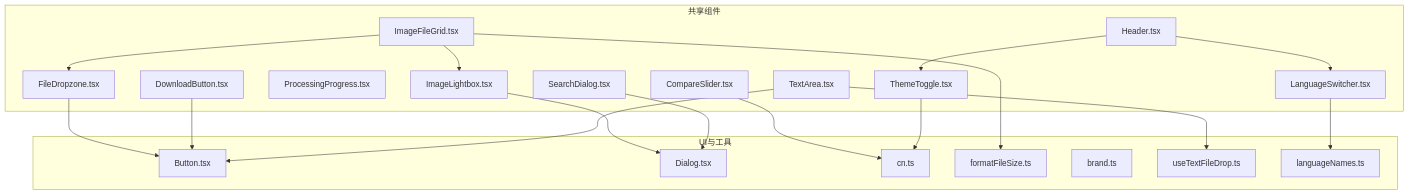
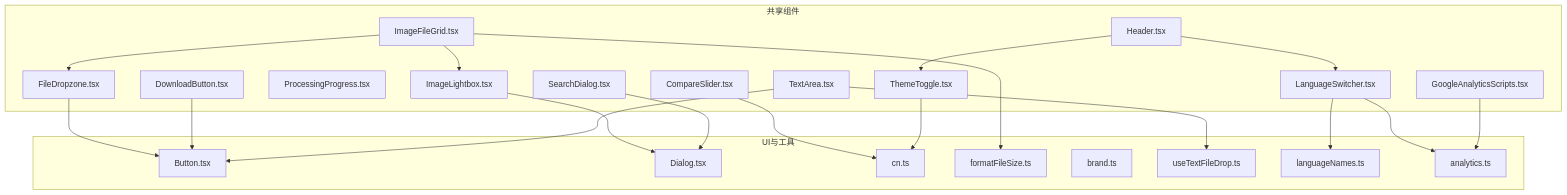
The first of 5 diagrams in .qoder/repowiki/zh/content/UI组件系统/共享组件.md (sgyy/privadeck), drawn with Mermaid before and after one commit. The commit also changed other lines of this file and 5 other files, not shown here.

````diff
--- a/.qoder/repowiki/zh/content/UI组件系统/共享组件.md
+++ b/.qoder/repowiki/zh/content/UI组件系统/共享组件.md
@@ -55,39 +60,43 @@
 ```mermaid
 graph TB
 subgraph "共享组件"
 FDZ["FileDropzone.tsx"]
 DLB["DownloadButton.tsx"]
 PP["ProcessingProgress.tsx"]
 IFG["ImageFileGrid.tsx"]
 ILB["ImageLightbox.tsx"]
 CS["CompareSlider.tsx"]
 TA["TextArea.tsx"]
 TT["ThemeToggle.tsx"]
 LS["LanguageSwitcher.tsx"]
 SD["SearchDialog.tsx"]
+GAS["GoogleAnalyticsScripts.tsx"]
 HDR["Header.tsx"]
 end
 subgraph "UI与工具"
 BTN["Button.tsx"]
 DLG["Dialog.tsx"]
 CN["cn.ts"]
 FFS["formatFileSize.ts"]
 BRD["brand.ts"]
 UTEXT["useTextFileDrop.ts"]
 LANGNAMES["languageNames.ts"]
+ANALYTICS["analytics.ts"]
 end
 FDZ --> BTN
 DLB --> BTN
 IFG --> FDZ
 IFG --> ILB
 IFG --> FFS
 ILB --> DLG
 CS --> CN
 TA --> BTN
 TA --> UTEXT
 TT --> CN
 LS --> LANGNAMES
+LS --> ANALYTICS
 SD --> DLG
 HDR --> LS
 HDR --> TT
+GAS --> ANALYTICS
 ```
````
